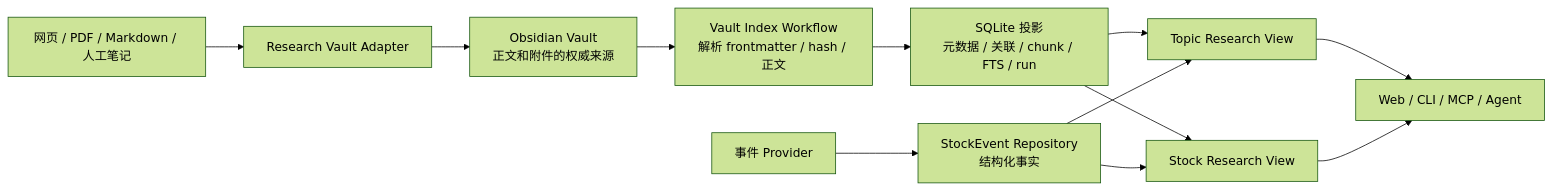
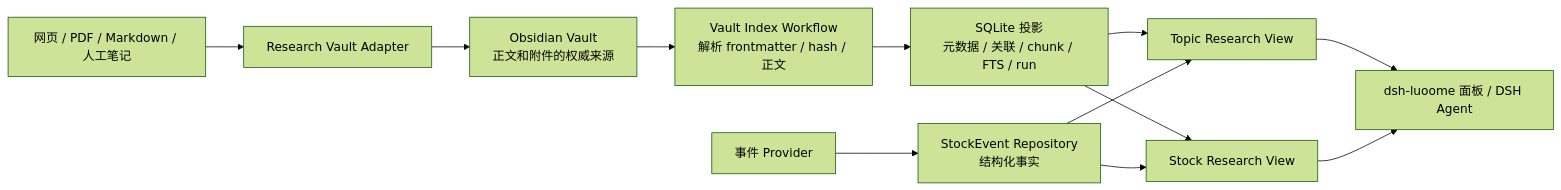
The diagram in docs/ddd/research-vault-detailed-design.md (KowL/luoome), drawn with Mermaid (forest theme) before and after one commit. The commit also changed other lines of this file and 58 other files, not shown here.

First line of the commit message:
docs(dsh): 按现状清理文档，补实体关系图与工具库存

````diff
--- a/docs/ddd/research-vault-detailed-design.md
+++ b/docs/ddd/research-vault-detailed-design.md
@@ -120,14 +120,14 @@
 ```mermaid
 flowchart LR
   Source["网页 / PDF / Markdown / 人工笔记"] --> Import["Research Vault Adapter"]
   Import --> Vault["Obsidian Vault\n正文和附件的权威来源"]
   Vault --> Scan["Vault Index Workflow\n解析 frontmatter / hash / 正文"]
   Scan --> Projection["SQLite 投影\n元数据 / 关联 / chunk / FTS / run"]
   Providers["事件 Provider"] --> Events["StockEvent Repository\n结构化事实"]
   Projection --> TopicView["Topic Research View"]
   Projection --> StockView["Stock Research View"]
   Events --> TopicView
   Events --> StockView
-  TopicView --> Surface["Web / CLI / MCP / Agent"]
+  TopicView --> Surface["dsh-luoome 面板 / DSH Agent"]
   StockView --> Surface
 ```
````
